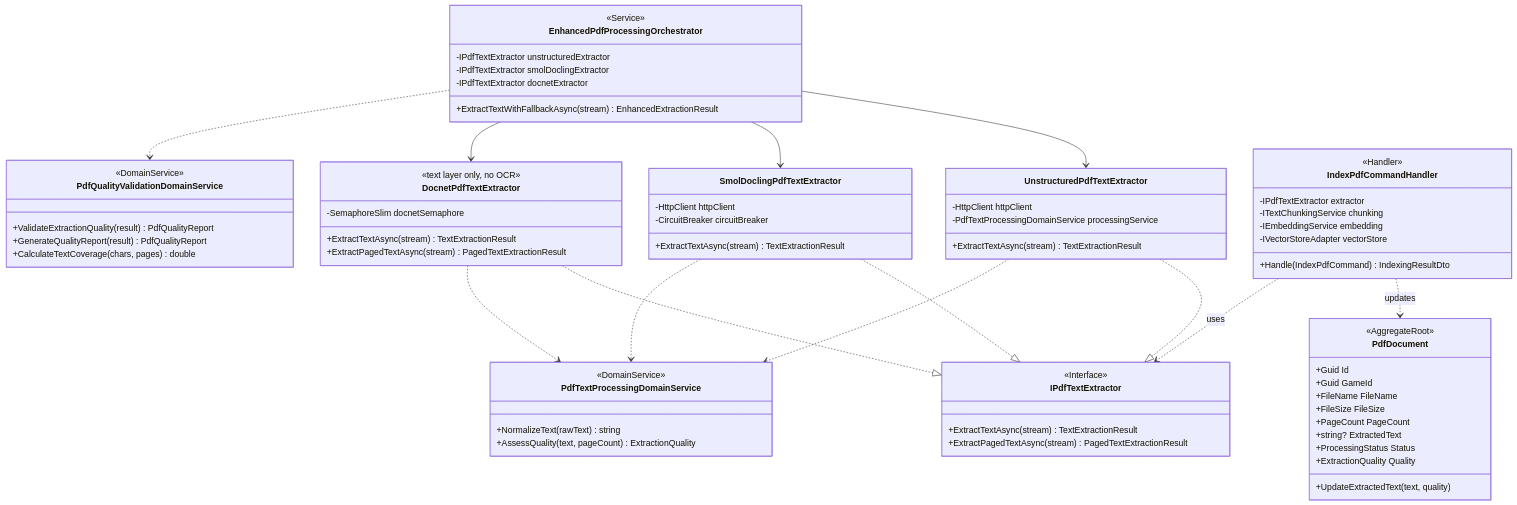
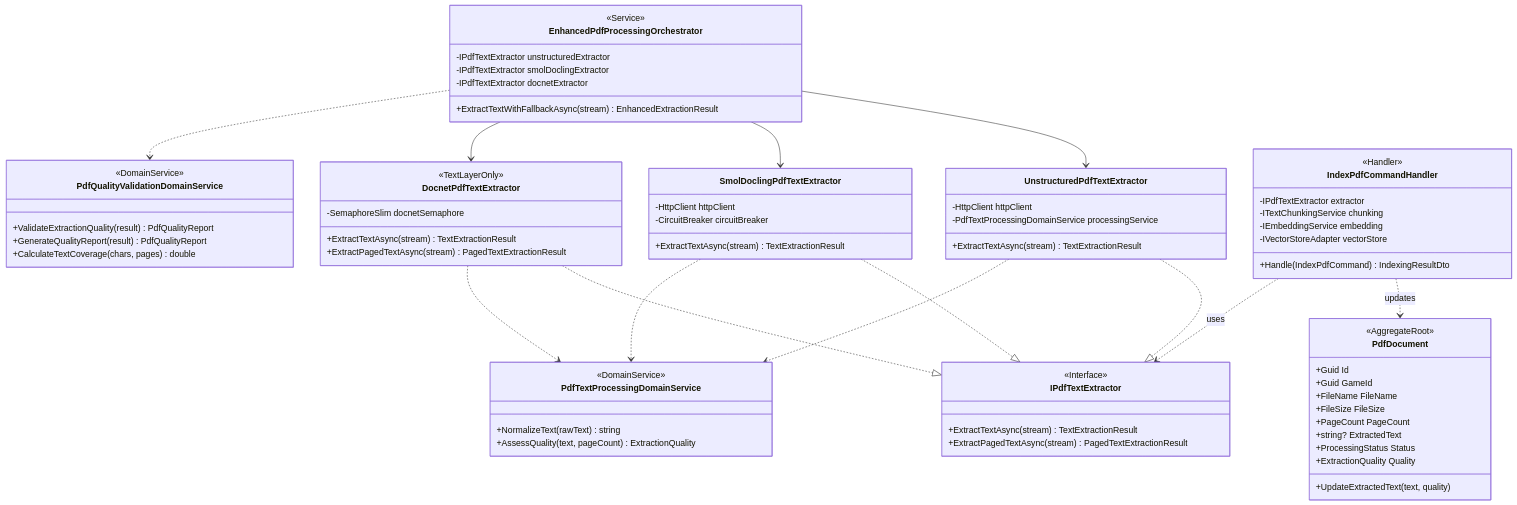
Before and after one commit to meepleAi-app/meepleai-monorepo: the fourth of 9 diagrams in docs/for-claude/architecture/diagrams/bounded-contexts-interactions.md, drawn with Mermaid. The commit also changed other lines of this file and 3 other files, not shown here.

First line of the commit message:
docs(pdf): Docnet non fa OCR nei diagrammi della pipeline (#4437)

```diff
--- a/docs/for-claude/architecture/diagrams/bounded-contexts-interactions.md
+++ b/docs/for-claude/architecture/diagrams/bounded-contexts-interactions.md
@@ -289,7 +289,7 @@
     }
 
     class DocnetPdfTextExtractor {
-        <<text layer only, no OCR>>
+        <<TextLayerOnly>>
         +ExtractTextAsync(stream) TextExtractionResult
         +ExtractPagedTextAsync(stream) PagedTextExtractionResult
         -SemaphoreSlim docnetSemaphore
```
